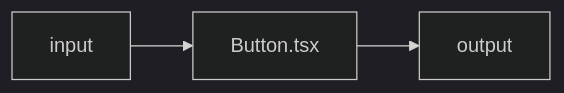
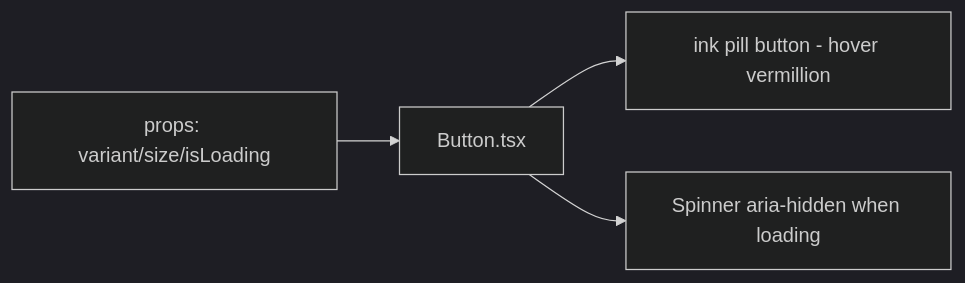
One commit to AzamatRaimbekov2/openCreate changed the diagram in apps/web/src/shared/ui/Button.tsx.md. Above: the diagram before and after it, drawn with Mermaid (dark theme). The commit also changed other lines of this file and 51 other files, not shown here.

````diff
--- a/apps/web/src/shared/ui/Button.tsx.md
+++ b/apps/web/src/shared/ui/Button.tsx.md
@@ -19,4 +19,5 @@
 ```mermaid
 flowchart LR
-  IN[input] --> Button[Button.tsx] --> OUT[output]
+  P[props: variant/size/isLoading] --> B[Button.tsx] --> OUT[ink pill button - hover vermillion]
+  B --> SP[Spinner aria-hidden when loading]
 ```
````
